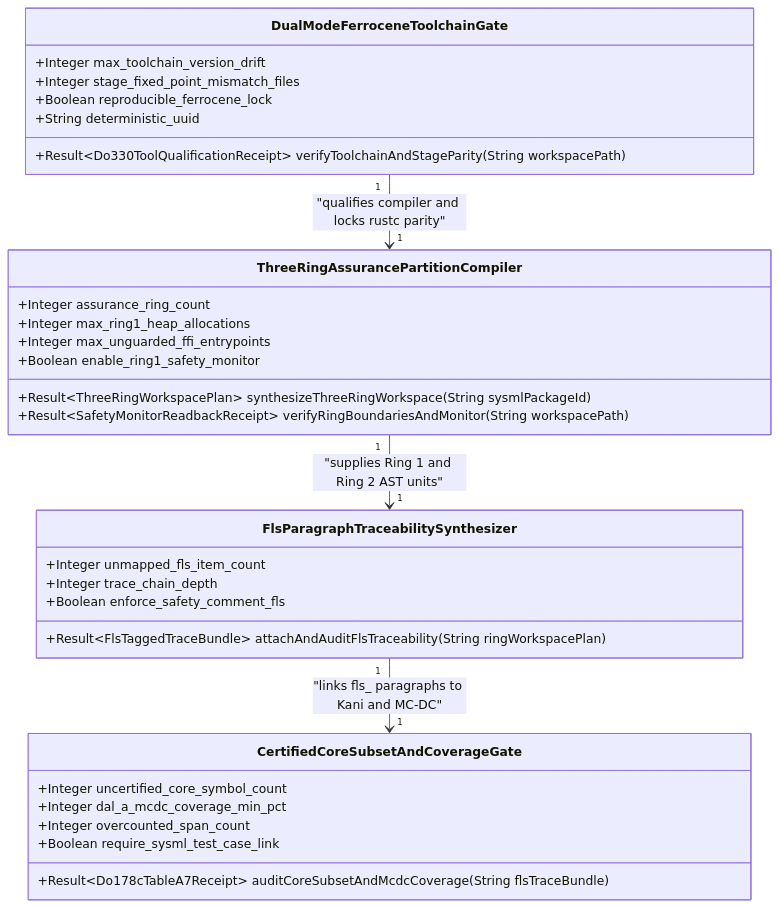
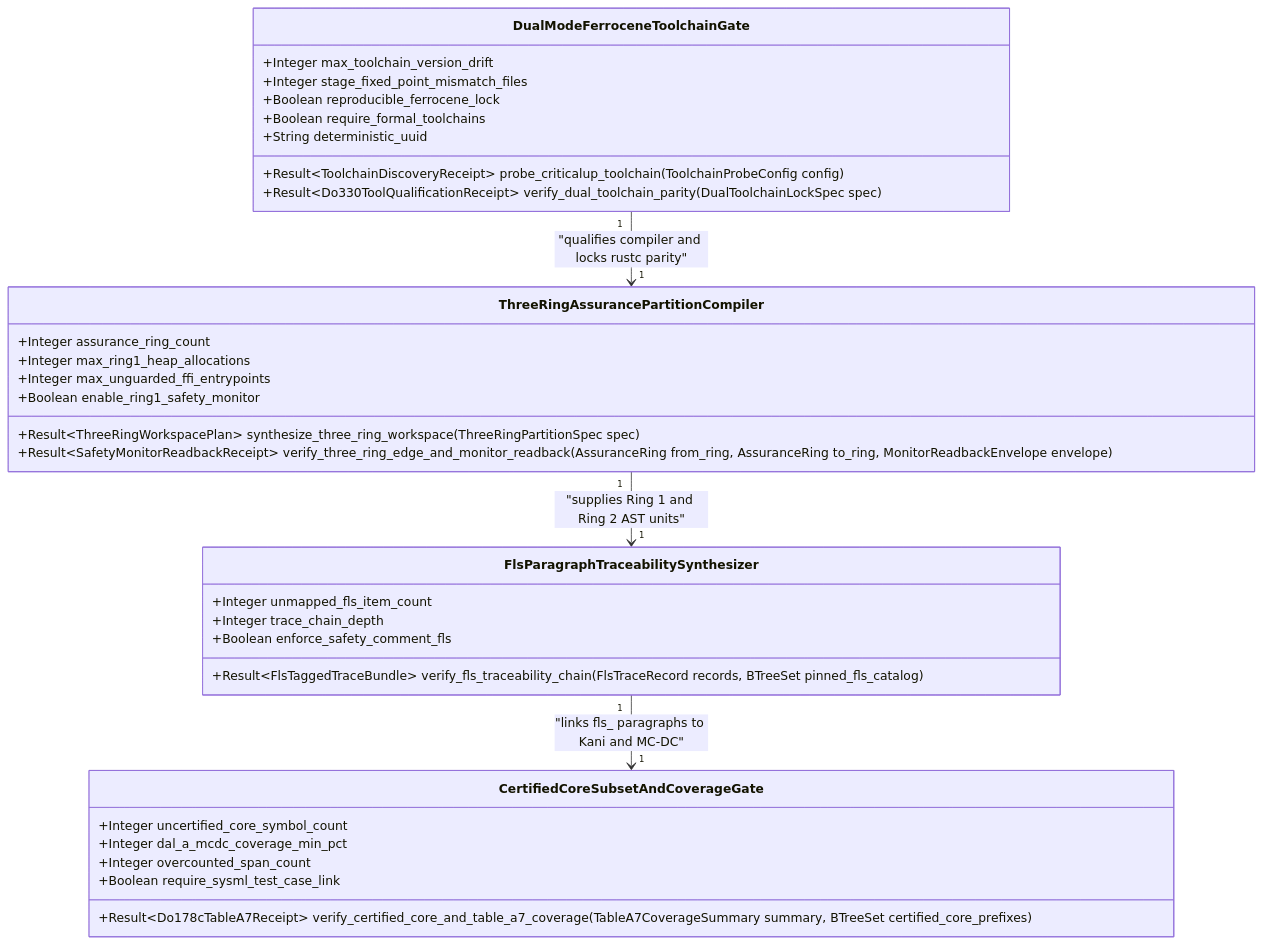
One commit to gintatkinson/DEAP01-spec-core changed the first of 4 diagrams in docs/designs/blueprint-11-ferrocene-do178c-do330-3ring-certification-architecture.md. Above: the diagram before and after it, drawn with Mermaid. The commit also changed other lines of this file and 2 other files, not shown here.

Commit message:
docs(blueprints): refactor BP-11 onto multi-platform Ferrocene 3-Ring certification architecture

````diff
--- a/docs/designs/blueprint-11-ferrocene-do178c-do330-3ring-certification-architecture.md
+++ b/docs/designs/blueprint-11-ferrocene-do178c-do330-3ring-certification-architecture.md
@@ -98,35 +99,37 @@
 ```mermaid
 classDiagram
     class DualModeFerroceneToolchainGate {
         +Integer max_toolchain_version_drift
         +Integer stage_fixed_point_mismatch_files
         +Boolean reproducible_ferrocene_lock
+        +Boolean require_formal_toolchains
         +String deterministic_uuid
-        +Result~Do330ToolQualificationReceipt~ verifyToolchainAndStageParity(String workspacePath)
+        +Result~ToolchainDiscoveryReceipt~ probe_criticalup_toolchain(ToolchainProbeConfig config)
+        +Result~Do330ToolQualificationReceipt~ verify_dual_toolchain_parity(DualToolchainLockSpec spec)
     }
     class ThreeRingAssurancePartitionCompiler {
         +Integer assurance_ring_count
         +Integer max_ring1_heap_allocations
         +Integer max_unguarded_ffi_entrypoints
         +Boolean enable_ring1_safety_monitor
-        +Result~ThreeRingWorkspacePlan~ synthesizeThreeRingWorkspace(String sysmlPackageId)
-        +Result~SafetyMonitorReadbackReceipt~ verifyRingBoundariesAndMonitor(String workspacePath)
+        +Result~ThreeRingWorkspacePlan~ synthesize_three_ring_workspace(ThreeRingPartitionSpec spec)
+        +Result~SafetyMonitorReadbackReceipt~ verify_three_ring_edge_and_monitor_readback(AssuranceRing from_ring, AssuranceRing to_ring, MonitorReadbackEnvelope envelope)
     }
     class FlsParagraphTraceabilitySynthesizer {
         +Integer unmapped_fls_item_count
         +Integer trace_chain_depth
         +Boolean enforce_safety_comment_fls
-        +Result~FlsTaggedTraceBundle~ attachAndAuditFlsTraceability(String ringWorkspacePlan)
+        +Result~FlsTaggedTraceBundle~ verify_fls_traceability_chain(FlsTraceRecord records, BTreeSet pinned_fls_catalog)
     }
     class CertifiedCoreSubsetAndCoverageGate {
         +Integer uncertified_core_symbol_count
         +Integer dal_a_mcdc_coverage_min_pct
         +Integer overcounted_span_count
         +Boolean require_sysml_test_case_link
-        +Result~Do178cTableA7Receipt~ auditCoreSubsetAndMcdcCoverage(String flsTraceBundle)
+        +Result~Do178cTableA7Receipt~ verify_certified_core_and_table_a7_coverage(TableA7CoverageSummary summary, BTreeSet certified_core_prefixes)
     }
 
     DualModeFerroceneToolchainGate "1" --> "1" ThreeRingAssurancePartitionCompiler : "qualifies compiler and locks rustc parity"
     ThreeRingAssurancePartitionCompiler "1" --> "1" FlsParagraphTraceabilitySynthesizer : "supplies Ring 1 and Ring 2 AST units"
     FlsParagraphTraceabilitySynthesizer "1" --> "1" CertifiedCoreSubsetAndCoverageGate : "links fls_ paragraphs to Kani and MC-DC"
 ```
````
